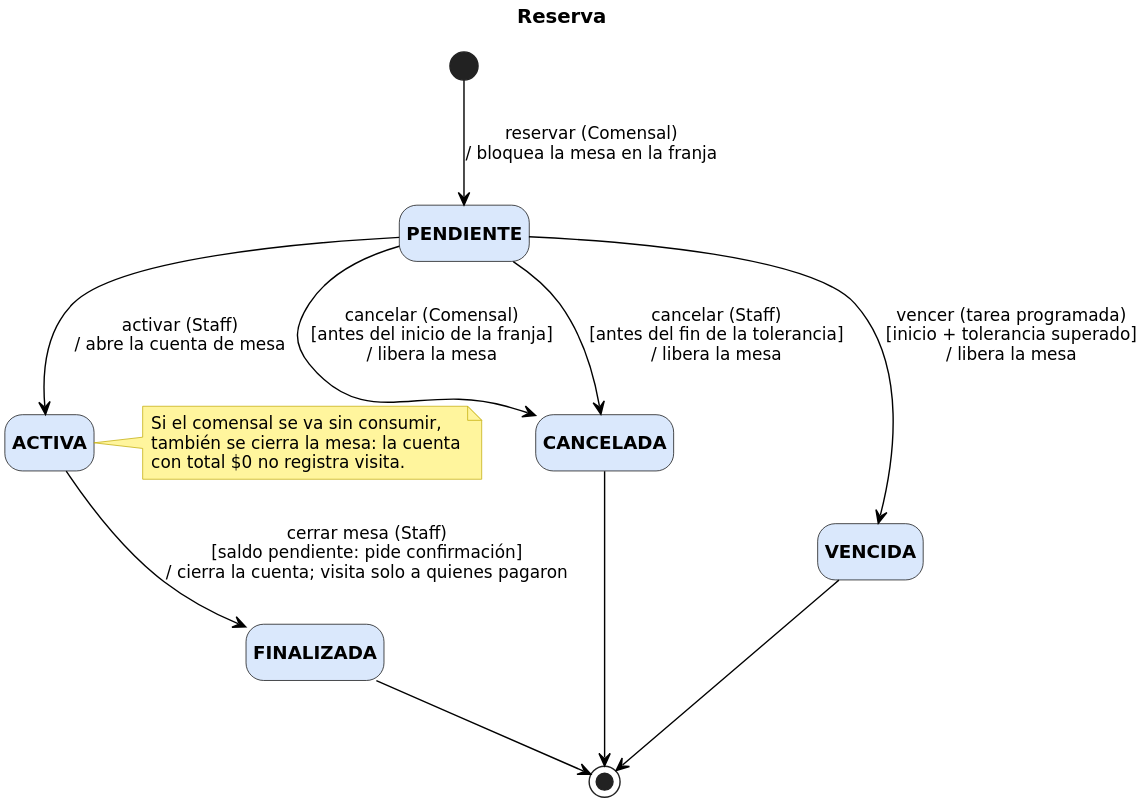
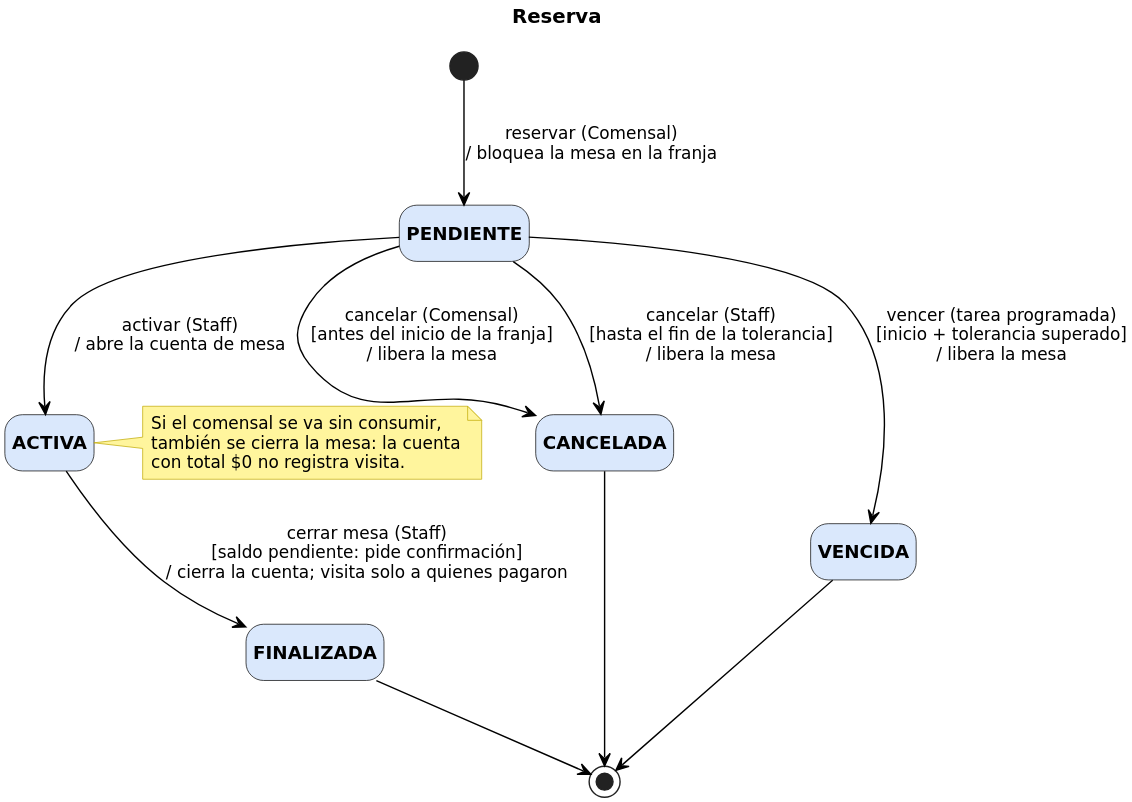
The diagram in docs/modelos/estado/reserva/v1/estado-reserva-v1.puml (GabrielLigresti/TFG-PGIM), drawn with PlantUML before and after one commit. The commit also changed 8 other files, not shown here.

Commit message:
Agregar la reventa de insumos al ítem del menú y aclarar la cancelación del staff

```diff
--- a/docs/modelos/estado/reserva/v1/estado-reserva-v1.puml
+++ b/docs/modelos/estado/reserva/v1/estado-reserva-v1.puml
@@ -1,43 +1,43 @@
 @startuml estado-reserva-v1
 ' Diagrama de estado (UML). Paleta alineada con CU y secuencias formato Vialia.
 ' Transiciones: evento (quién) [condición] / efecto
 skinparam dpi 300
 skinparam defaultFontName DejaVu Sans
 skinparam defaultFontSize 12
 skinparam shadowing false
 skinparam ArrowColor #000000
 skinparam state {
   BackgroundColor #DAE8FC
   BorderColor #000000
   FontSize 13
   FontStyle bold
   StartColor #000000
   EndColor #000000
 }
 skinparam note {
   BackgroundColor #FFF59D
   BorderColor #BFA800
 }
 hide empty description
 title Reserva
 
 state PENDIENTE
 state ACTIVA
 state FINALIZADA
 state CANCELADA
 state VENCIDA
 [*] --> PENDIENTE : reservar (Comensal)\n/ bloquea la mesa en la franja
 PENDIENTE --> ACTIVA : activar (Staff)\n/ abre la cuenta de mesa
 PENDIENTE --> CANCELADA : cancelar (Comensal)\n[antes del inicio de la franja]\n/ libera la mesa
-PENDIENTE --> CANCELADA : cancelar (Staff)\n[antes del fin de la tolerancia]\n/ libera la mesa
+PENDIENTE --> CANCELADA : cancelar (Staff)\n[hasta el fin de la tolerancia]\n/ libera la mesa
 PENDIENTE --> VENCIDA : vencer (tarea programada)\n[inicio + tolerancia superado]\n/ libera la mesa
 ACTIVA --> FINALIZADA : cerrar mesa (Staff)\n[saldo pendiente: pide confirmación]\n/ cierra la cuenta; visita solo a quienes pagaron
 FINALIZADA --> [*]
 CANCELADA --> [*]
 VENCIDA --> [*]
 note right of ACTIVA
   Si el comensal se va sin consumir,
   también se cierra la mesa: la cuenta
   con total $0 no registra visita.
 end note
 @enduml
```
